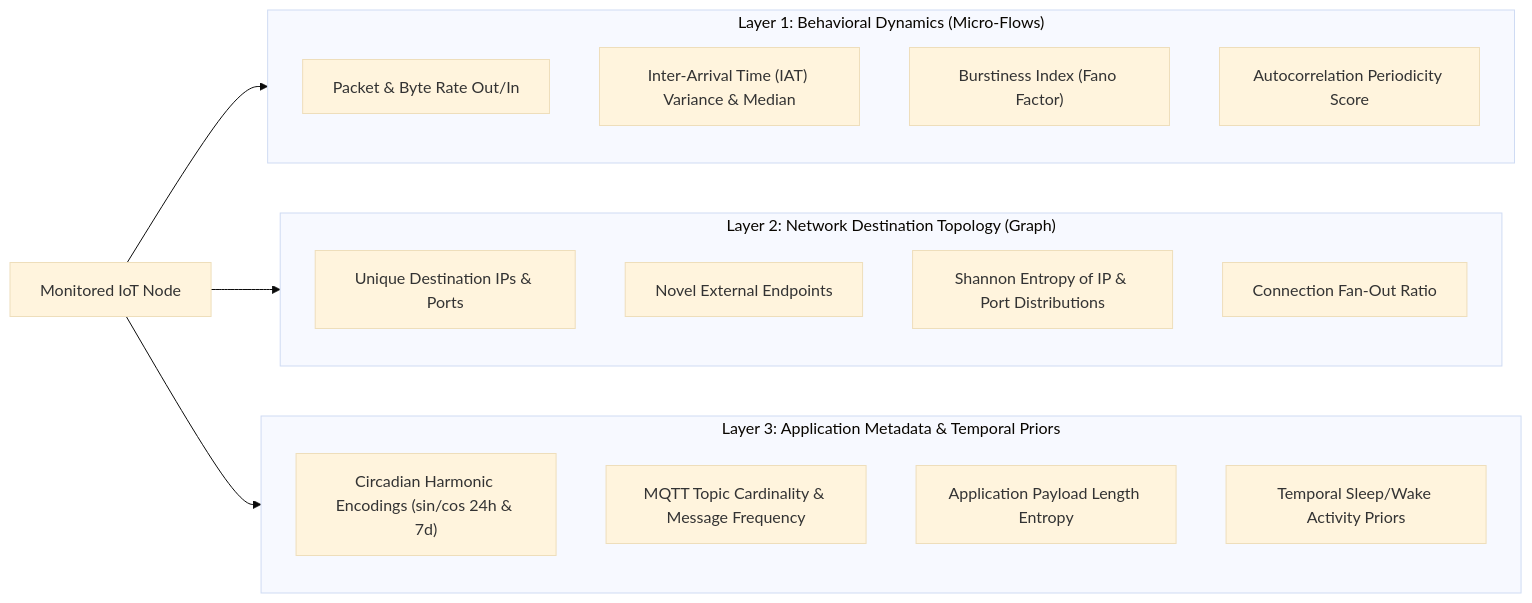
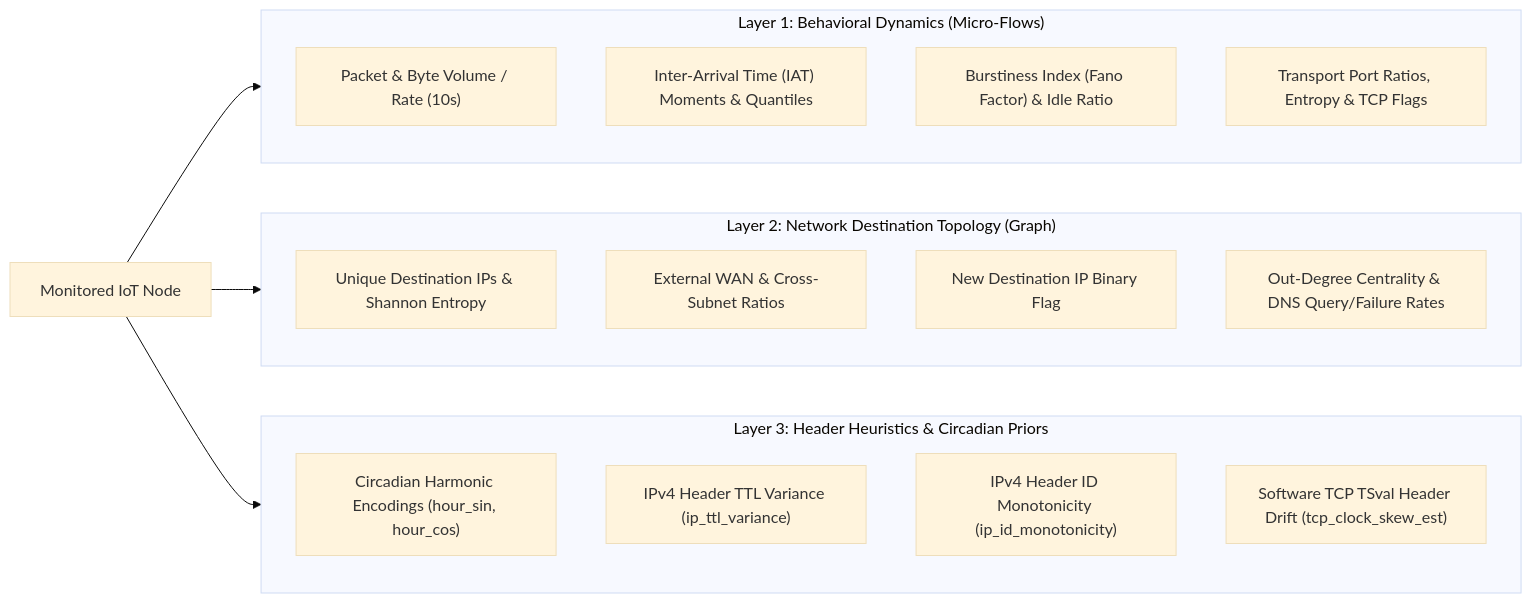
Before and after one commit to lumidren/Guardian: the second of 6 diagrams in README.md, drawn with Mermaid (base theme). The commit also changed other lines of this file, not shown here.

Commit message:
docs(readme): reconcile 60-feature registry, MQTT/clock-skew scope, and 5-seed headline results

````diff
--- a/README.md
+++ b/README.md
@@ -90,30 +93,30 @@
 ```mermaid
 graph LR
     subgraph L1["Layer 1: Behavioral Dynamics (Micro-Flows)"]
         direction TB
-        L1A["Packet & Byte Rate Out/In"]
-        L1B["Inter-Arrival Time (IAT) Variance & Median"]
-        L1C["Burstiness Index (Fano Factor)"]
-        L1D["Autocorrelation Periodicity Score"]
+        L1A["Packet & Byte Volume / Rate (10s)"]
+        L1B["Inter-Arrival Time (IAT) Moments & Quantiles"]
+        L1C["Burstiness Index (Fano Factor) & Idle Ratio"]
+        L1D["Transport Port Ratios, Entropy & TCP Flags"]
     end
 
     subgraph L2["Layer 2: Network Destination Topology (Graph)"]
         direction TB
-        L2A["Unique Destination IPs & Ports"]
-        L2B["Novel External Endpoints"]
-        L2C["Shannon Entropy of IP & Port Distributions"]
-        L2D["Connection Fan-Out Ratio"]
+        L2A["Unique Destination IPs & Shannon Entropy"]
+        L2B["External WAN & Cross-Subnet Ratios"]
+        L2C["New Destination IP Binary Flag"]
+        L2D["Out-Degree Centrality & DNS Query/Failure Rates"]
     end
 
-    subgraph L3["Layer 3: Application Metadata & Temporal Priors"]
+    subgraph L3["Layer 3: Header Heuristics & Circadian Priors"]
         direction TB
-        L3A["Circadian Harmonic Encodings (sin/cos 24h & 7d)"]
-        L3B["MQTT Topic Cardinality & Message Frequency"]
-        L3C["Application Payload Length Entropy"]
-        L3D["Temporal Sleep/Wake Activity Priors"]
+        L3A["Circadian Harmonic Encodings (hour_sin, hour_cos)"]
+        L3B["IPv4 Header TTL Variance (ip_ttl_variance)"]
+        L3C["IPv4 Header ID Monotonicity (ip_id_monotonicity)"]
+        L3D["Software TCP TSval Header Drift (tcp_clock_skew_est)"]
     end
 
     DEV["Monitored IoT Node"] --> L1
     DEV --> L2
     DEV --> L3
 ```
````
